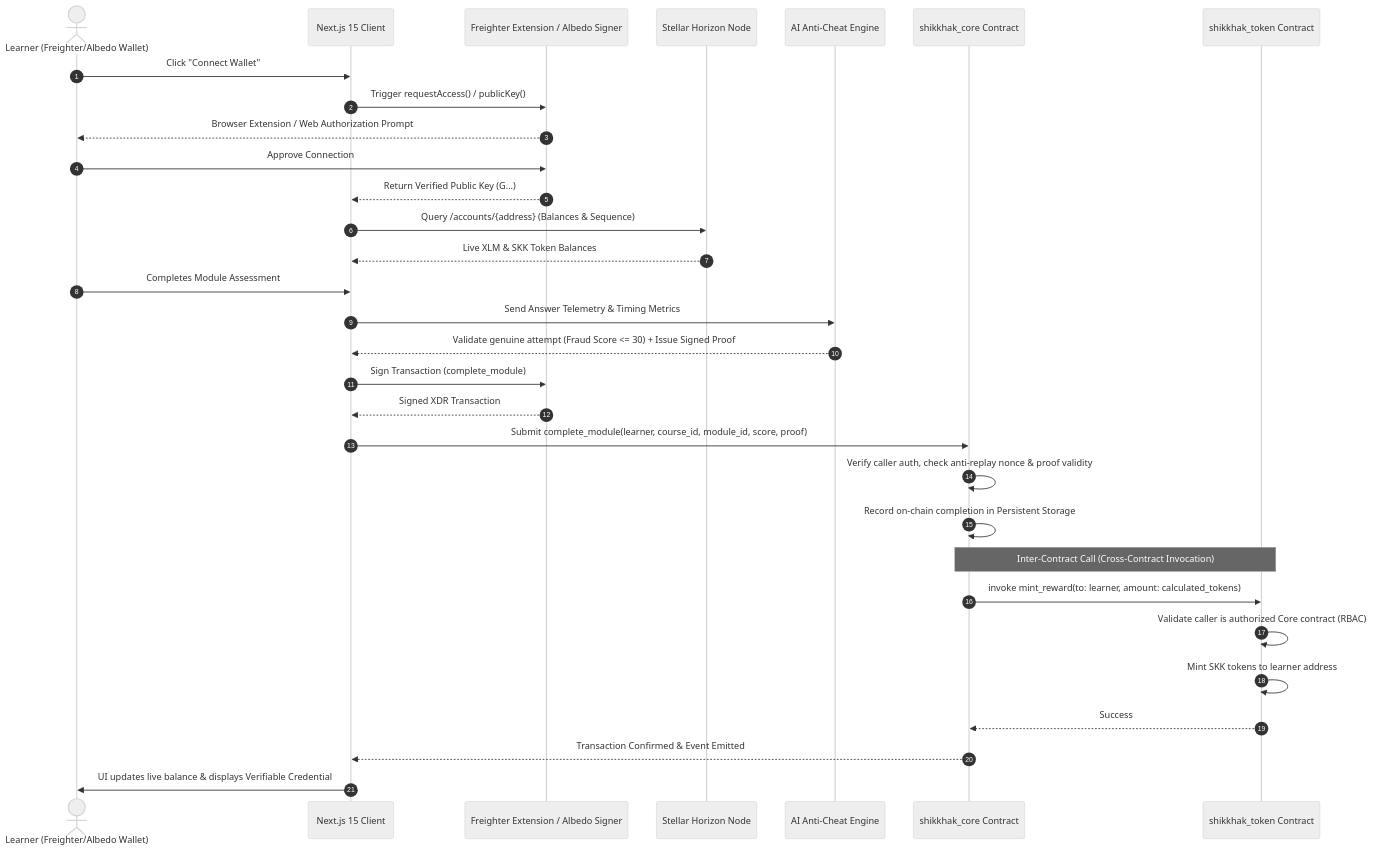
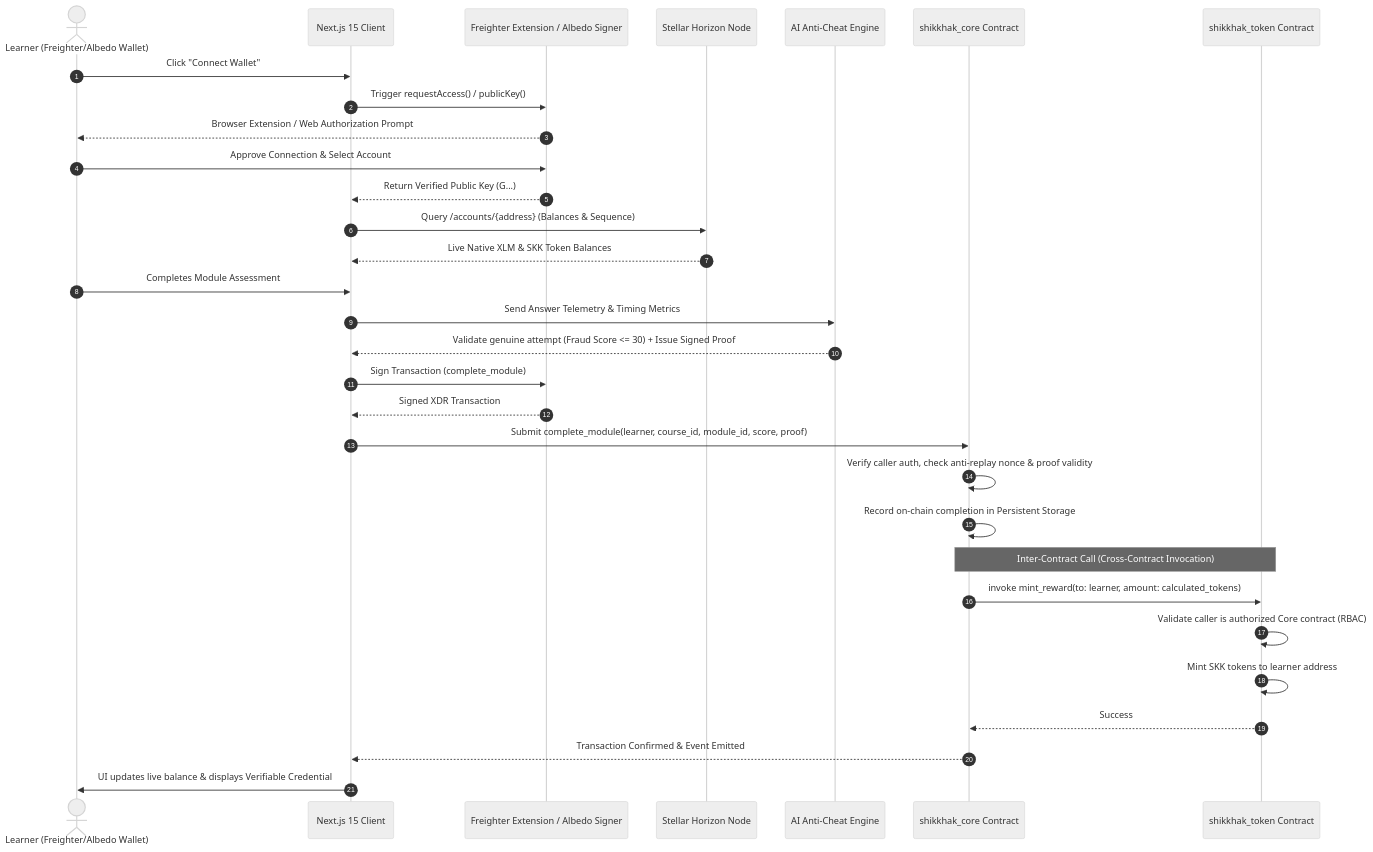
One commit to 00Suman00/Shikkhak-An--AI-powered-learn-to-earn-platform changed the second of 2 diagrams in README.md. Above: the diagram before and after it, drawn with Mermaid (neutral theme).

Commit message:
docs(readme): clarify sequence diagram for real wallet signatures and Horizon queries

````diff
--- a/README.md
+++ b/README.md
@@ -90,35 +90,35 @@
 ```mermaid
 sequenceDiagram
     autonumber
     actor Learner as Learner (Freighter/Albedo Wallet)
     participant UI as Next.js 15 Client
     participant Wallet as Freighter Extension / Albedo Signer
     participant Horizon as Stellar Horizon Node
     participant AI as AI Anti-Cheat Engine
     participant Core as shikkhak_core Contract
     participant Token as shikkhak_token Contract
 
     Learner->>UI: Click "Connect Wallet"
     UI->>Wallet: Trigger requestAccess() / publicKey()
     Wallet-->>Learner: Browser Extension / Web Authorization Prompt
-    Learner->>Wallet: Approve Connection
+    Learner->>Wallet: Approve Connection & Select Account
     Wallet-->>UI: Return Verified Public Key (G...)
     UI->>Horizon: Query /accounts/{address} (Balances & Sequence)
-    Horizon-->>UI: Live XLM & SKK Token Balances
+    Horizon-->>UI: Live Native XLM & SKK Token Balances
     
     Learner->>UI: Completes Module Assessment
     UI->>AI: Send Answer Telemetry & Timing Metrics
     AI-->>UI: Validate genuine attempt (Fraud Score <= 30) + Issue Signed Proof
     UI->>Wallet: Sign Transaction (complete_module)
     Wallet-->>UI: Signed XDR Transaction
     UI->>Core: Submit complete_module(learner, course_id, module_id, score, proof)
     Core->>Core: Verify caller auth, check anti-replay nonce & proof validity
     Core->>Core: Record on-chain completion in Persistent Storage
     Note over Core,Token: Inter-Contract Call (Cross-Contract Invocation)
     Core->>Token: invoke mint_reward(to: learner, amount: calculated_tokens)
     Token->>Token: Validate caller is authorized Core contract (RBAC)
     Token->>Token: Mint SKK tokens to learner address
     Token-->>Core: Success
     Core-->>UI: Transaction Confirmed & Event Emitted
     UI->>Learner: UI updates live balance & displays Verifiable Credential
 ```
````
